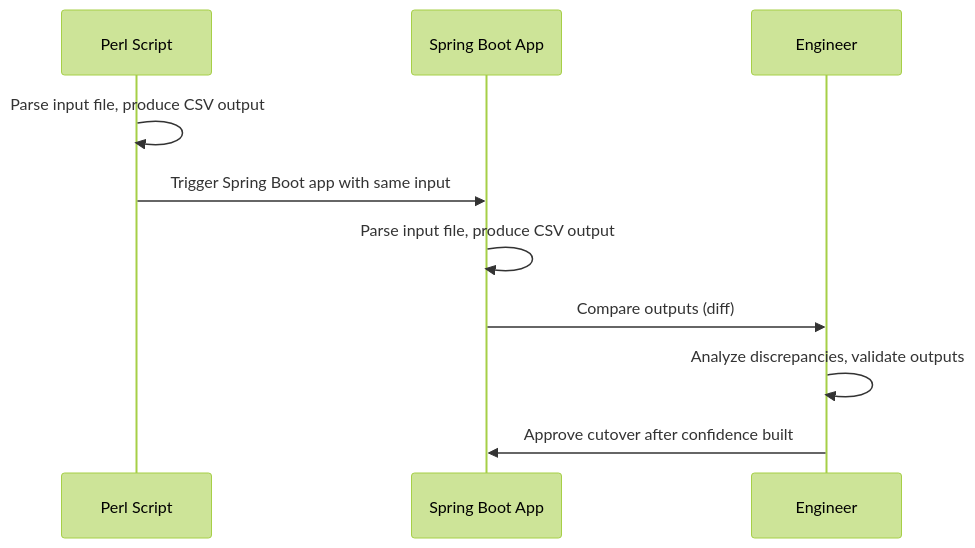
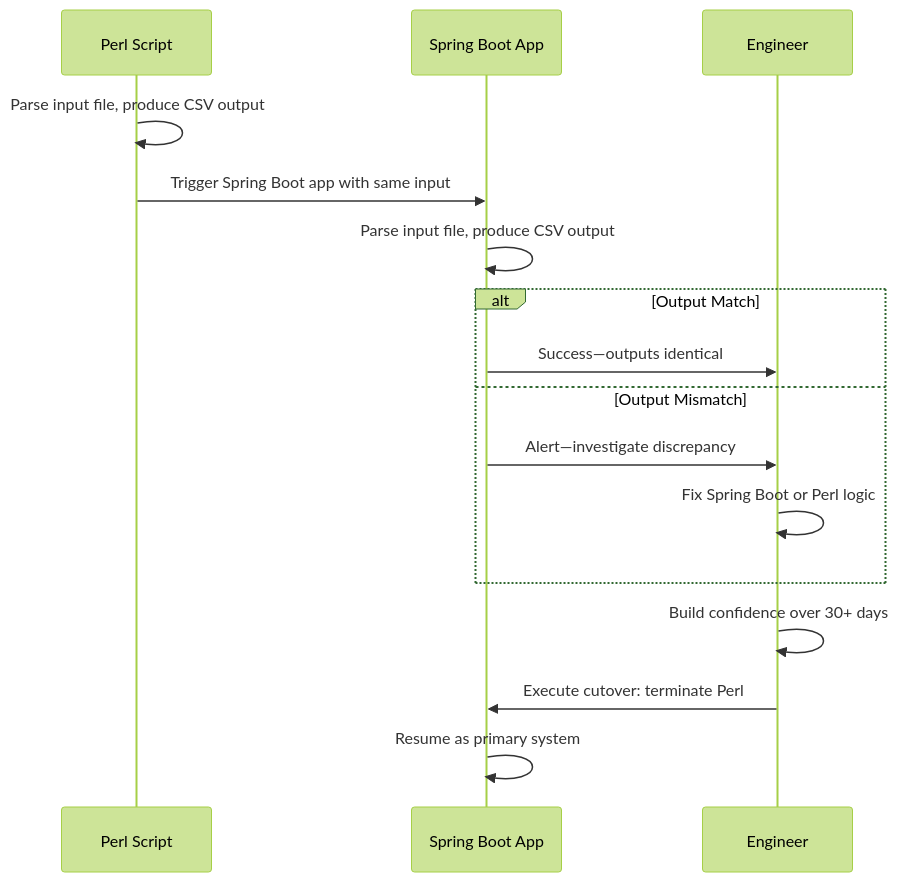
Before and after one commit to dzenyu/dzenyu.github.io: the fourth of 4 diagrams in _posts/2025-08-10-modernizing-metadata-ingestion-perl-to-spring-batch.md, drawn with Mermaid (forest theme). The commit also changed other lines of this file, not shown here.

````diff
--- a/_posts/2025-08-10-modernizing-metadata-ingestion-perl-to-spring-batch.md
+++ b/_posts/2025-08-10-modernizing-metadata-ingestion-perl-to-spring-batch.md
@@ -316,13 +338,23 @@
 ```mermaid
+---
+config:
+look: neo
+---
 sequenceDiagram
     participant PerlScript as Perl Script
     participant SpringApp as Spring Boot App
     participant Engineer as Engineer
 
     PerlScript->>PerlScript: Parse input file, produce CSV output
     PerlScript->>SpringApp: Trigger Spring Boot app with same input
     SpringApp->>SpringApp: Parse input file, produce CSV output
-    SpringApp->>Engineer: Compare outputs (diff)
-    Engineer->>Engineer: Analyze discrepancies, validate outputs
-    Engineer->>SpringApp: Approve cutover after confidence built
+    alt Output Match
+        SpringApp->>Engineer: Success—outputs identical
+    else Output Mismatch
+        SpringApp->>Engineer: Alert—investigate discrepancy
+        Engineer->>Engineer: Fix Spring Boot or Perl logic
+    end
+    Engineer->>Engineer: Build confidence over 30+ days
+    Engineer->>SpringApp: Execute cutover: terminate Perl
+    SpringApp->>SpringApp: Resume as primary system
 ```
````
